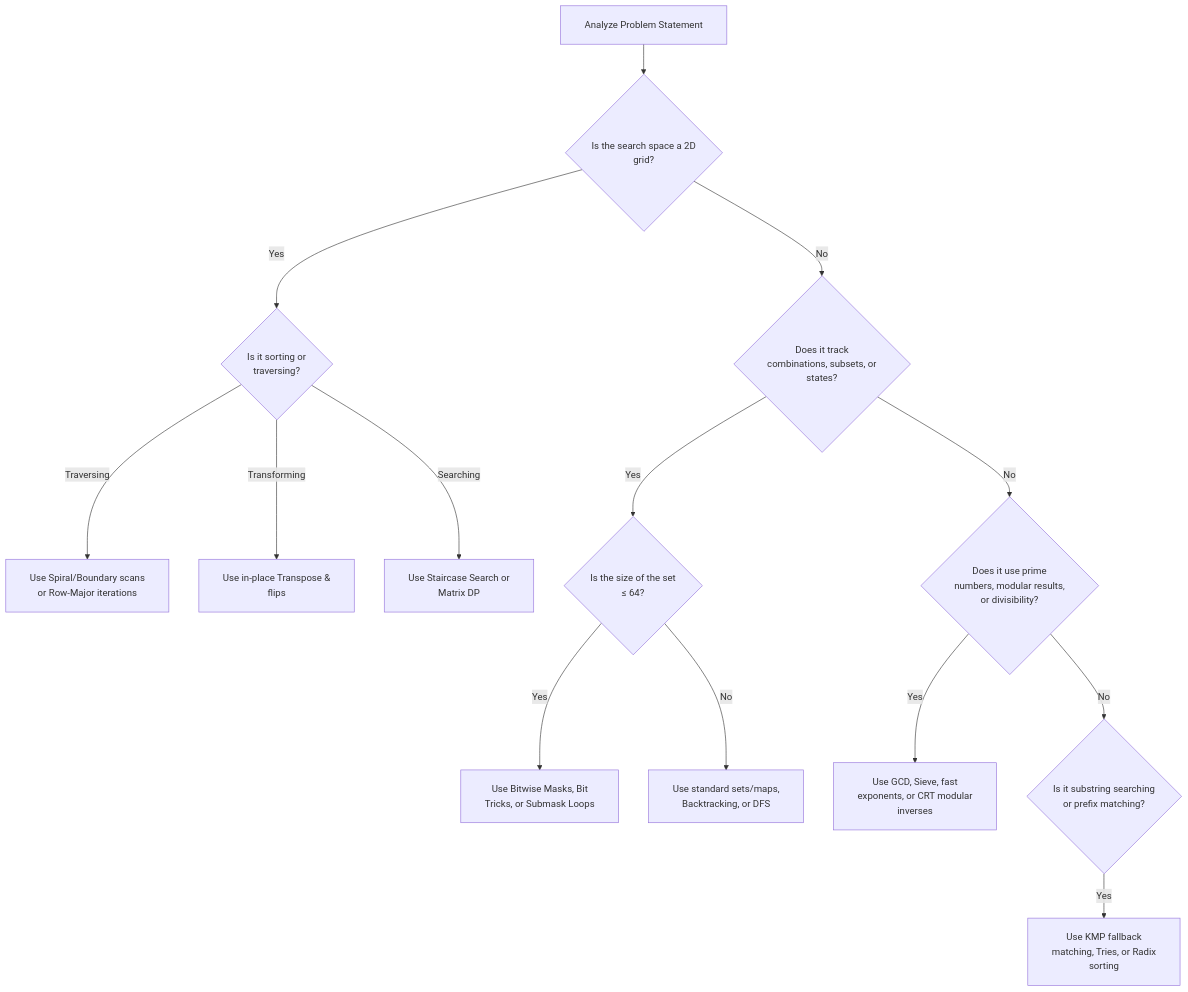
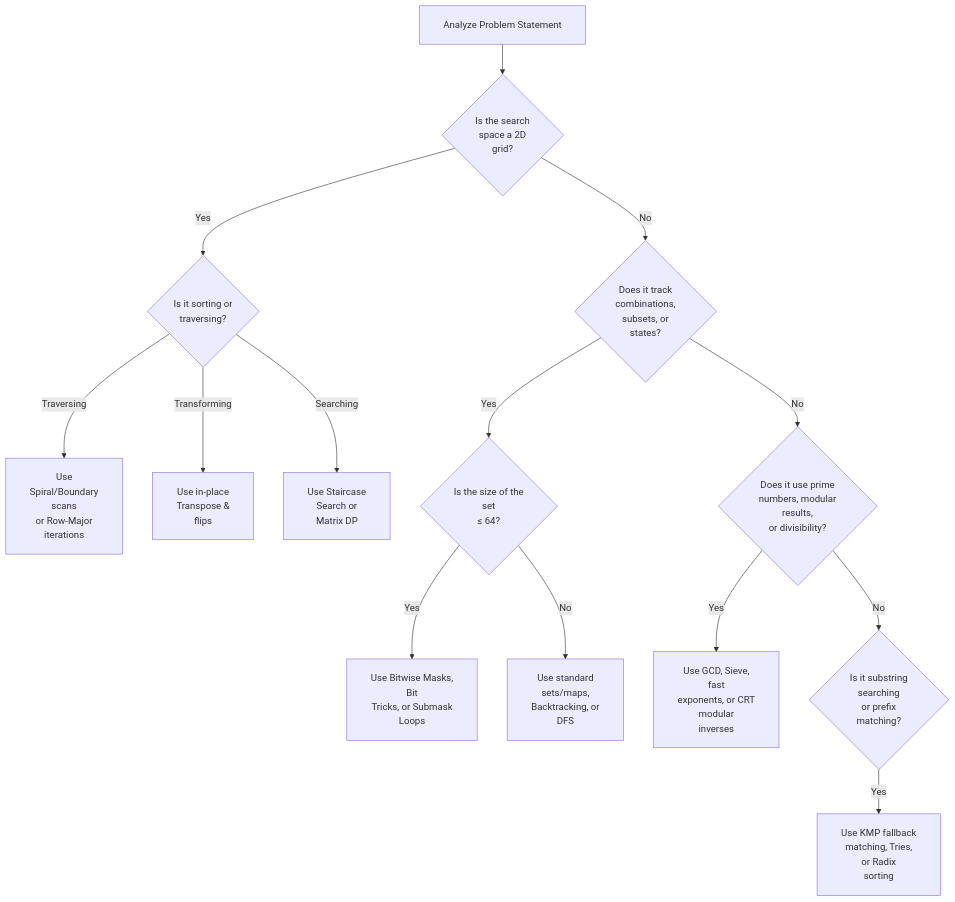
The diagram in week_14_matrix_backtracking_bits/support files/Week_14_Problem_Solving_Roadmap.md (dip4k/DSA_102), drawn with Mermaid before and after one commit. The commit also changed 106 other files, not shown here.

First line of the commit message:
fix(mermaid): prevent text clipping with foreignObject overflow and tighter line wrapping

````diff
--- a/week_14_matrix_backtracking_bits/support files/Week_14_Problem_Solving_Roadmap.md
+++ b/week_14_matrix_backtracking_bits/support files/Week_14_Problem_Solving_Roadmap.md
@@ -15,17 +15,17 @@
 ```mermaid
-%%{init: {"flowchart": {"htmlLabels": true, "padding": 20}}}%%
+%%{init: {"flowchart": {"htmlLabels": true, "padding": 20}, "themeCSS": "foreignObject { overflow: visible !important; }"}}%%
 graph TD
-    A[Analyze Problem Statement] --> B{"Is the search space a 2D<br/>grid?"}
+    A[Analyze Problem Statement] --> B{"Is the search<br/>space a 2D<br/>grid?"}
     B -->|Yes| C{"Is it sorting or<br/>traversing?"}
-    C -->|Traversing| D["Use Spiral/Boundary scans<br/>or Row-Major iterations"]
-    C -->|Transforming| E["Use in-place Transpose &<br/>flips"]
-    C -->|Searching| F["Use Staircase Search or<br/>Matrix DP"]
-    B -->|No| G{"Does it track<br/>combinations, subsets, or<br/>states?"}
-    G -->|Yes| H{"Is the size of the set<br/>&le; 64?"}
-    H -->|Yes| I["Use Bitwise Masks, Bit<br/>Tricks, or Submask Loops"]
-    H -->|No| J["Use standard sets/maps,<br/>Backtracking, or DFS"]
-    G -->|No| K{"Does it use prime<br/>numbers, modular results,<br/>or divisibility?"}
-    K -->|Yes| L["Use GCD, Sieve, fast<br/>exponents, or CRT modular<br/>inverses"]
-    K -->|No| M{"Is it substring searching<br/>or prefix matching?"}
-    M -->|Yes| N["Use KMP fallback<br/>matching, Tries, or Radix<br/>sorting"]
+    C -->|Traversing| D["Use<br/>Spiral/Boundary<br/>scans<br/>or Row-Major<br/>iterations"]
+    C -->|Transforming| E["Use in-place<br/>Transpose &<br/>flips"]
+    C -->|Searching| F["Use Staircase<br/>Search or<br/>Matrix DP"]
+    B -->|No| G{"Does it track<br/>combinations,<br/>subsets, or<br/>states?"}
+    G -->|Yes| H{"Is the size of the<br/>set<br/>&le; 64?"}
+    H -->|Yes| I["Use Bitwise Masks,<br/>Bit<br/>Tricks, or Submask<br/>Loops"]
+    H -->|No| J["Use standard<br/>sets/maps,<br/>Backtracking, or<br/>DFS"]
+    G -->|No| K{"Does it use prime<br/>numbers, modular<br/>results,<br/>or divisibility?"}
+    K -->|Yes| L["Use GCD, Sieve,<br/>fast<br/>exponents, or CRT<br/>modular<br/>inverses"]
+    K -->|No| M{"Is it substring<br/>searching<br/>or prefix<br/>matching?"}
+    M -->|Yes| N["Use KMP fallback<br/>matching, Tries,<br/>or Radix<br/>sorting"]
 ```
````
